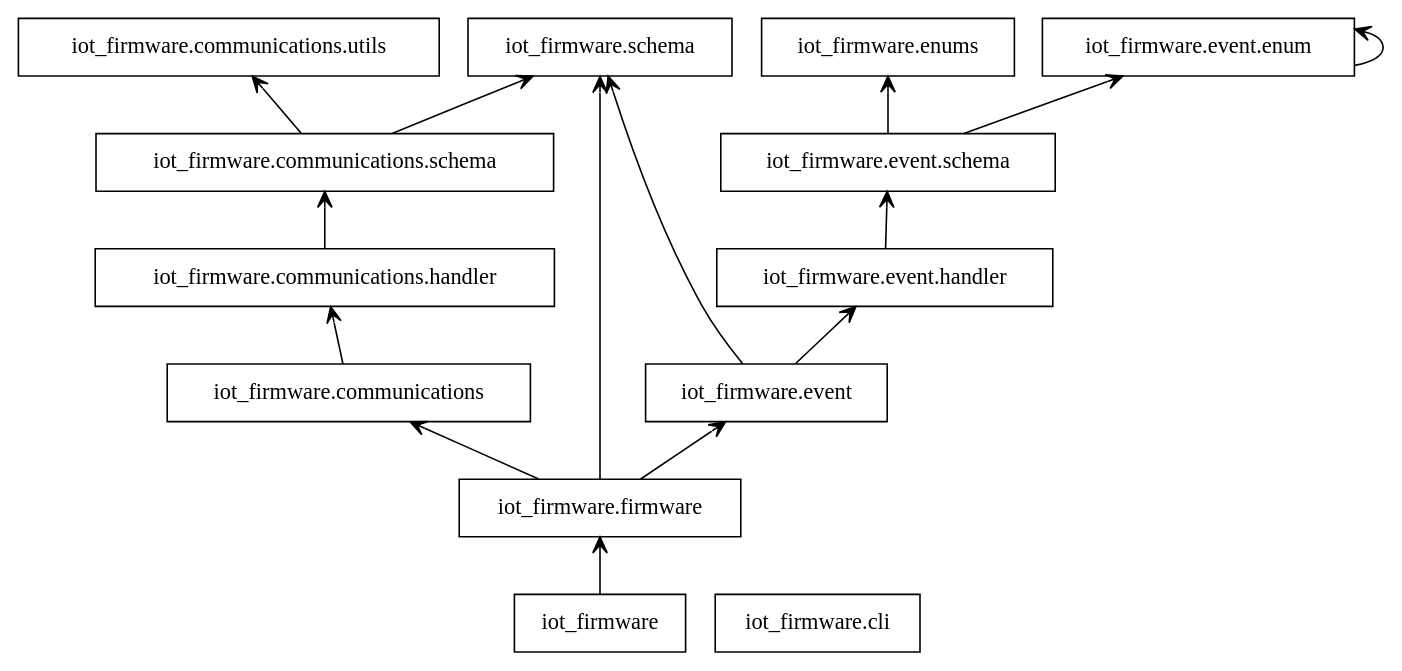
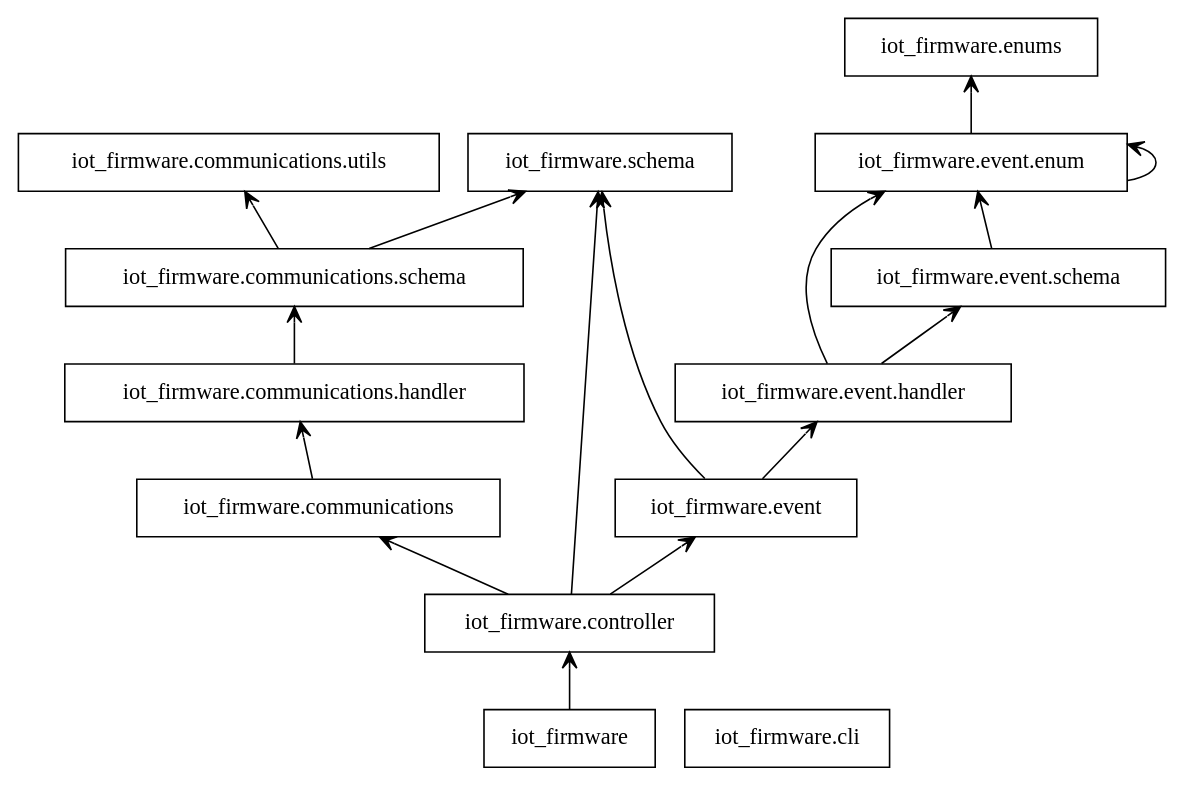
Before and after one commit to bonastreyair/iot-firmware: the diagram in docs/graphs/packages.dot, drawn with Graphviz. The commit also changed 22 other files, not shown here.

First line of the commit message:
async EventHandler (#28)

```diff
--- a/docs/graphs/packages.dot
+++ b/docs/graphs/packages.dot
@@ -1,31 +1,32 @@
 digraph "packages" {
 rankdir=BT
 charset="utf-8"
 "iot_firmware" [color="black", label="iot_firmware", shape="box", style="solid"];
 "iot_firmware.cli" [color="black", label="iot_firmware.cli", shape="box", style="solid"];
 "iot_firmware.communications" [color="black", label="iot_firmware.communications", shape="box", style="solid"];
 "iot_firmware.communications.handler" [color="black", label="iot_firmware.communications.handler", shape="box", style="solid"];
 "iot_firmware.communications.schema" [color="black", label="iot_firmware.communications.schema", shape="box", style="solid"];
 "iot_firmware.communications.utils" [color="black", label="iot_firmware.communications.utils", shape="box", style="solid"];
+"iot_firmware.controller" [color="black", label="iot_firmware.controller", shape="box", style="solid"];
 "iot_firmware.enums" [color="black", label="iot_firmware.enums", shape="box", style="solid"];
 "iot_firmware.event" [color="black", label="iot_firmware.event", shape="box", style="solid"];
 "iot_firmware.event.enum" [color="black", label="iot_firmware.event.enum", shape="box", style="solid"];
 "iot_firmware.event.handler" [color="black", label="iot_firmware.event.handler", shape="box", style="solid"];
 "iot_firmware.event.schema" [color="black", label="iot_firmware.event.schema", shape="box", style="solid"];
-"iot_firmware.firmware" [color="black", label="iot_firmware.firmware", shape="box", style="solid"];
 "iot_firmware.schema" [color="black", label="iot_firmware.schema", shape="box", style="solid"];
-"iot_firmware" -> "iot_firmware.firmware" [arrowhead="open", arrowtail="none"];
+"iot_firmware" -> "iot_firmware.controller" [arrowhead="open", arrowtail="none"];
 "iot_firmware.communications" -> "iot_firmware.communications.handler" [arrowhead="open", arrowtail="none"];
 "iot_firmware.communications.handler" -> "iot_firmware.communications.schema" [arrowhead="open", arrowtail="none"];
 "iot_firmware.communications.schema" -> "iot_firmware.communications.utils" [arrowhead="open", arrowtail="none"];
 "iot_firmware.communications.schema" -> "iot_firmware.schema" [arrowhead="open", arrowtail="none"];
+"iot_firmware.controller" -> "iot_firmware.communications" [arrowhead="open", arrowtail="none"];
+"iot_firmware.controller" -> "iot_firmware.event" [arrowhead="open", arrowtail="none"];
+"iot_firmware.controller" -> "iot_firmware.schema" [arrowhead="open", arrowtail="none"];
 "iot_firmware.event" -> "iot_firmware.event.handler" [arrowhead="open", arrowtail="none"];
 "iot_firmware.event" -> "iot_firmware.schema" [arrowhead="open", arrowtail="none"];
+"iot_firmware.event.enum" -> "iot_firmware.enums" [arrowhead="open", arrowtail="none"];
 "iot_firmware.event.enum" -> "iot_firmware.event.enum" [arrowhead="open", arrowtail="none"];
+"iot_firmware.event.handler" -> "iot_firmware.event.enum" [arrowhead="open", arrowtail="none"];
 "iot_firmware.event.handler" -> "iot_firmware.event.schema" [arrowhead="open", arrowtail="none"];
-"iot_firmware.event.schema" -> "iot_firmware.enums" [arrowhead="open", arrowtail="none"];
 "iot_firmware.event.schema" -> "iot_firmware.event.enum" [arrowhead="open", arrowtail="none"];
-"iot_firmware.firmware" -> "iot_firmware.communications" [arrowhead="open", arrowtail="none"];
-"iot_firmware.firmware" -> "iot_firmware.event" [arrowhead="open", arrowtail="none"];
-"iot_firmware.firmware" -> "iot_firmware.schema" [arrowhead="open", arrowtail="none"];
 }
```
